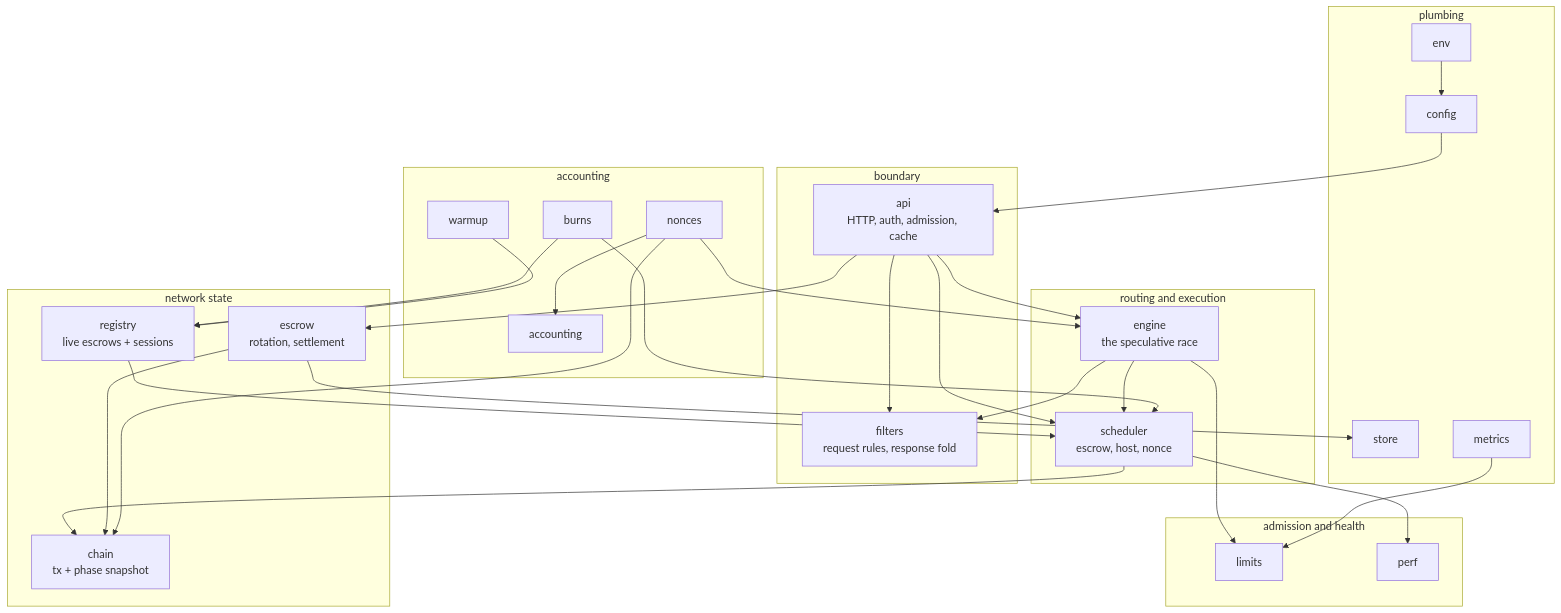
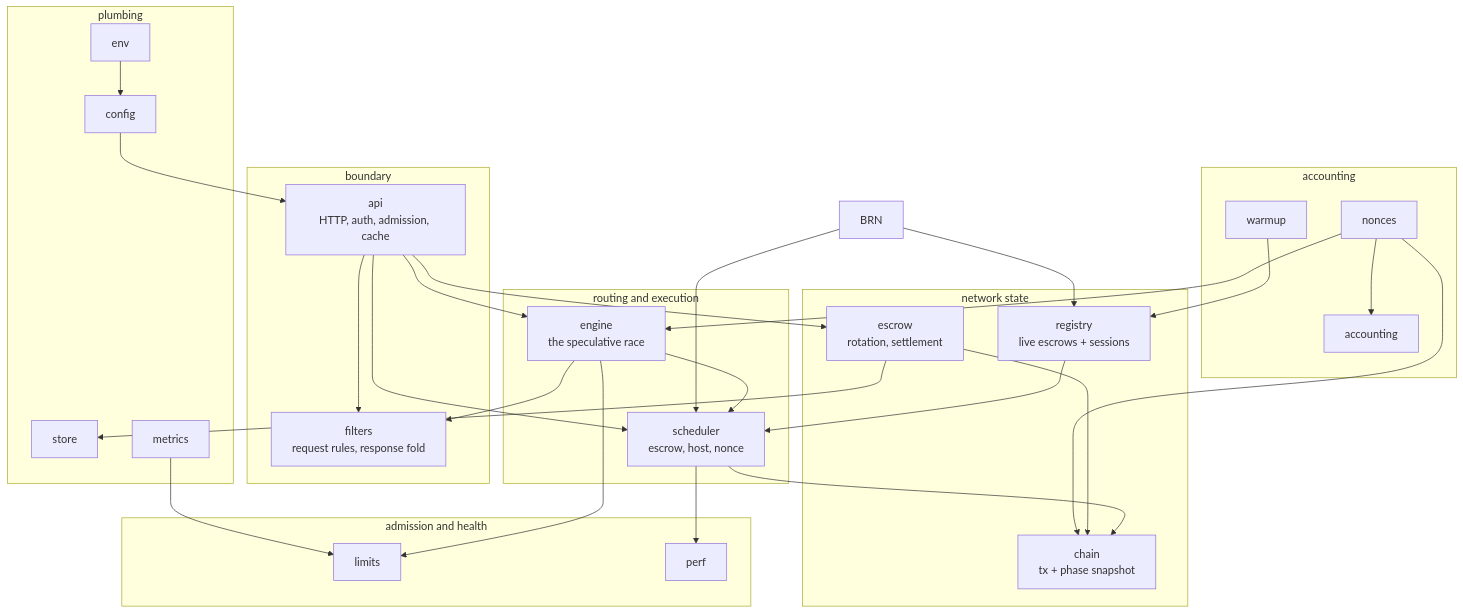
Before and after one commit to qdanik/gonka: the first of 3 diagrams in devshard/cmd/gateway/docs/architecture.md, drawn with Mermaid. The commit also changed other lines of this file and 18 other files, not shown here.

````diff
--- a/devshard/cmd/gateway/docs/architecture.md
+++ b/devshard/cmd/gateway/docs/architecture.md
@@ -15,54 +15,53 @@
 ```mermaid
 graph TD
     subgraph boundary["boundary"]
         API["api<br/>HTTP, auth, admission, cache"]
         FIL["filters<br/>request rules, response fold"]
     end
     subgraph routing["routing and execution"]
         SCH["scheduler<br/>escrow, host, nonce"]
         ENG["engine<br/>the speculative race"]
     end
     subgraph state["network state"]
         REG["registry<br/>live escrows + sessions"]
         ESC["escrow<br/>rotation, settlement"]
         CHN["chain<br/>tx + phase snapshot"]
     end
     subgraph health["admission and health"]
         LIM["limits"]
         PRF["perf"]
     end
     subgraph ledger["accounting"]
         NON["nonces"]
         ACC["accounting"]
-        BRN["burns"]
         WRM["warmup"]
     end
     subgraph plumbing["plumbing"]
         CFG["config"]
         ENV["env"]
         STO["store"]
         MET["metrics"]
     end
 
     API --> FIL
     API --> SCH
     API --> ENG
     API --> ESC
     ENG --> SCH
     SCH --> PRF
     SCH --> CHN
     ENG --> LIM
     ENG --> FIL
     REG --> SCH
     ESC --> CHN
     ESC --> STO
     NON --> ACC
     NON --> ENG
     NON --> CHN
     BRN --> SCH
     BRN --> REG
     WRM --> REG
     ENV --> CFG
     CFG --> API
     MET --> LIM
 ```
````
